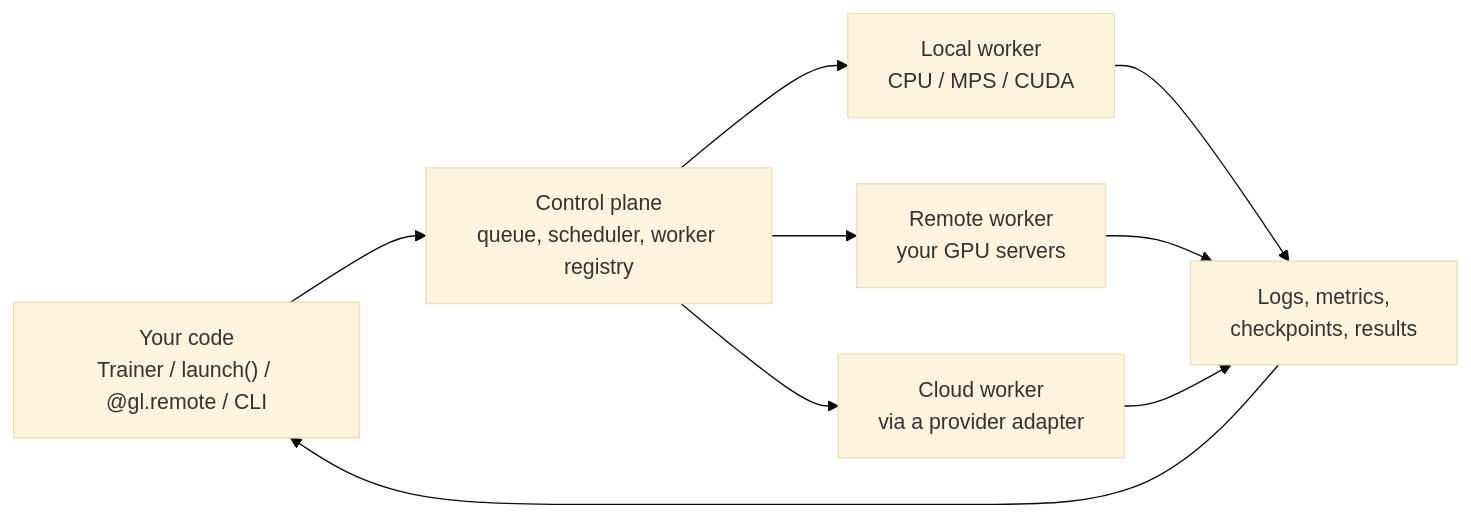
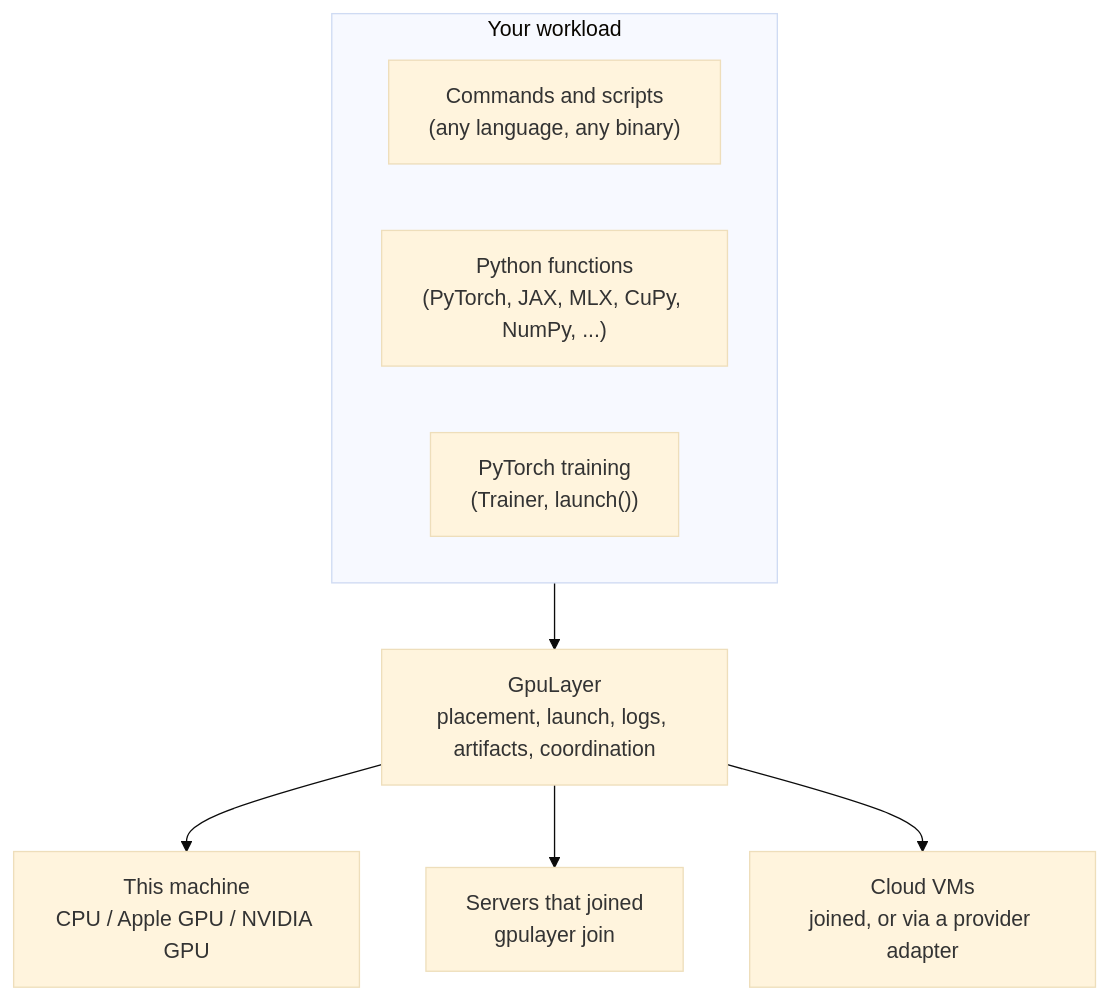
Before and after one commit to antonellof/gpulayer: the diagram in docs/index.md, drawn with Mermaid (base theme). The commit also changed other lines of this file and 30 other files, not shown here.

First line of the commit message:
Reposition as a workload-agnostic GPU layer; PyTorch as an integration

````diff
--- a/docs/index.md
+++ b/docs/index.md
@@ -38,9 +32,12 @@
 ```mermaid
-flowchart LR
-    A["Your code<br/>Trainer / launch() / @gl.remote / CLI"] --> B["Control plane<br/>queue, scheduler, worker registry"]
-    B --> C1["Local worker<br/>CPU / MPS / CUDA"]
-    B --> C2["Remote worker<br/>your GPU servers"]
-    B --> C3["Cloud worker<br/>via a provider adapter"]
-    C1 & C2 & C3 --> D["Logs, metrics,<br/>checkpoints, results"]
-    D --> A
+flowchart TB
+    subgraph You["Your workload"]
+        A1["Commands and scripts<br/>(any language, any binary)"]
+        A2["Python functions<br/>(PyTorch, JAX, MLX, CuPy, NumPy, ...)"]
+        A3["PyTorch training<br/>(Trainer, launch())"]
+    end
+    You --> G["GpuLayer<br/>placement, launch, logs, artifacts, coordination"]
+    G --> M1["This machine<br/>CPU / Apple GPU / NVIDIA GPU"]
+    G --> M2["Servers that joined<br/>gpulayer join"]
+    G --> M3["Cloud VMs<br/>joined, or via a provider adapter"]
 ```
````
